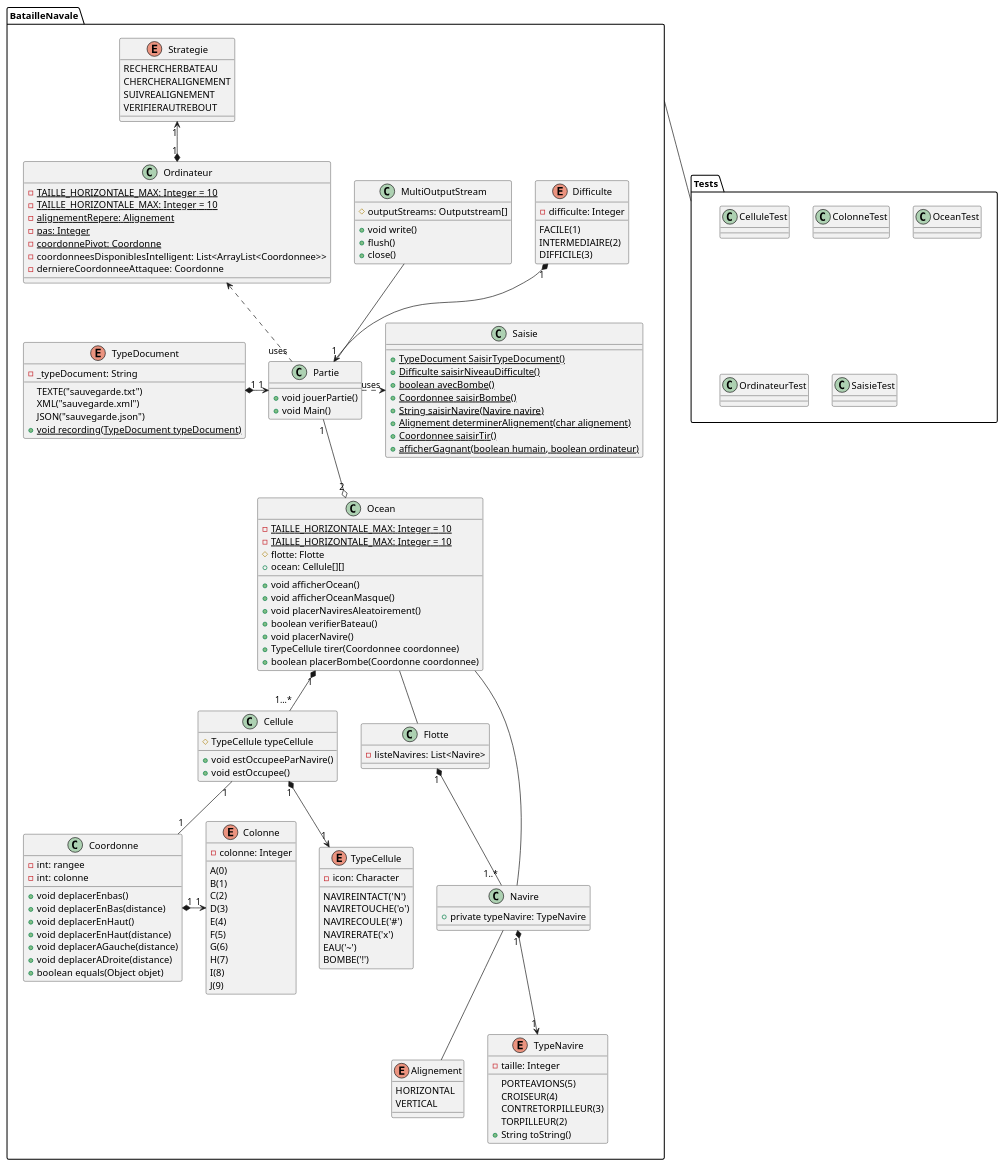
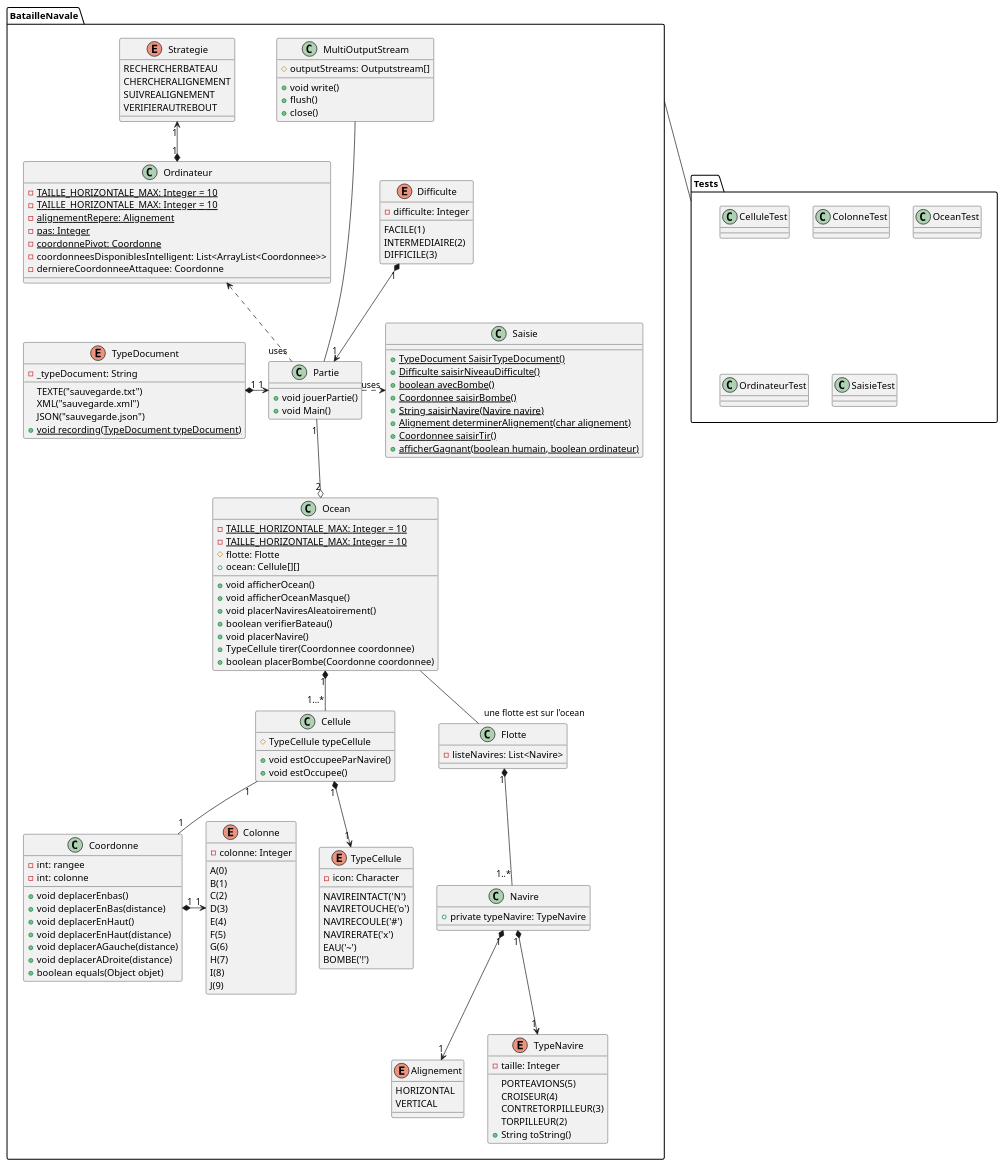
One commit to Jeremie-Gour/BatailleNavale changed the diagram in Diagramme de classes.puml. Above: the diagram before and after it, drawn with PlantUML. The commit also changed 2 other files, not shown here.

Commit message:
diagrammes

```diff
--- a/Diagramme de classes.puml
+++ b/Diagramme de classes.puml
@@ -176,7 +176,7 @@
 
 Partie "1" --o "2" Ocean
 
-Ocean -- Flotte
+Ocean -- "une flotte est sur l'ocean" Flotte
 
 
 Flotte "1" *-- "1..*" Navire
@@ -191,14 +191,13 @@
 
 Colonne "1" <-left-* "1" Coordonne
 
-Ocean -- Navire
 
 
 Partie "1" <-up-* "1" Difficulte
 
 Navire "1" *--> "1" TypeNavire
 
-MultiOutputStream -- Partie
+MultiOutputStream --- Partie
 
-Navire -- Alignement
+Navire "1" *--> "1" Alignement
 @enduml
```
